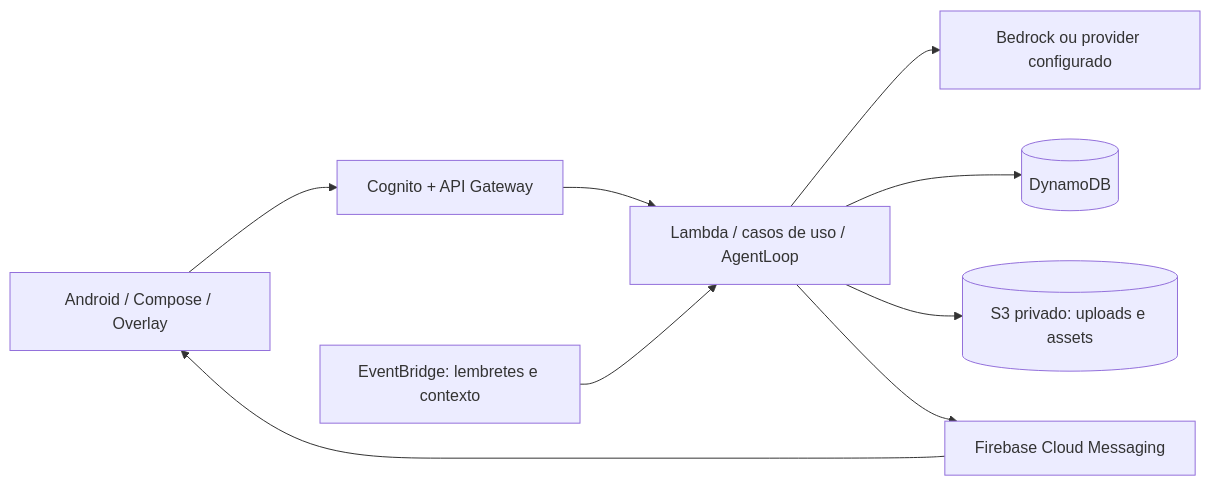
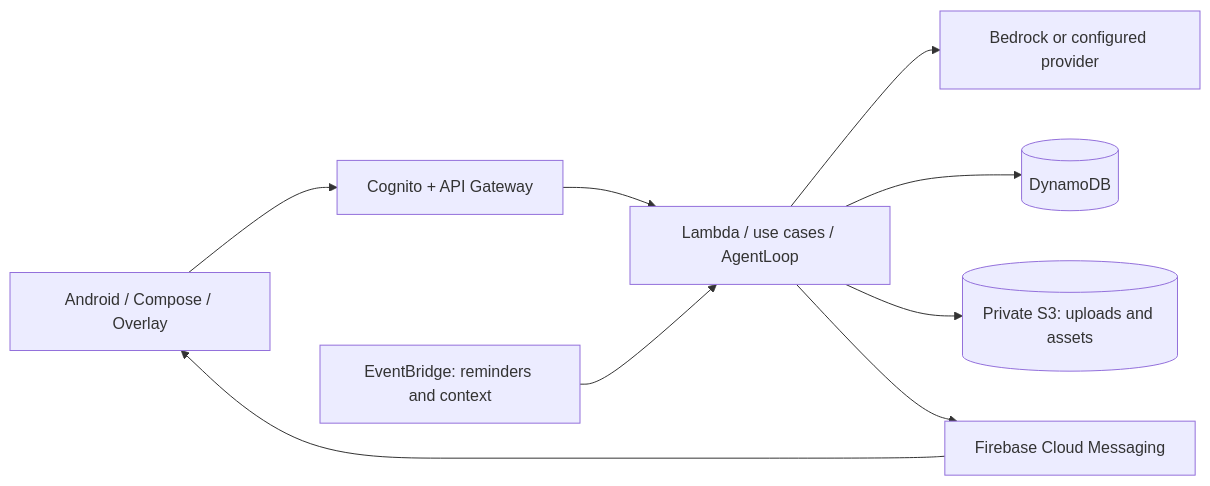
Before and after one commit to VZiemer/rin-public: the diagram in README.md, drawn with Mermaid. The commit also changed other lines of this file and 87 other files, not shown here.

````diff
--- a/README.md
+++ b/README.md
@@ -7,11 +7,11 @@
 ```mermaid
 flowchart LR
     Android[Android / Compose / Overlay] --> Auth[Cognito + API Gateway]
-    Auth --> Lambda[Lambda / casos de uso / AgentLoop]
-    Lambda --> LLM[Bedrock ou provider configurado]
+    Auth --> Lambda[Lambda / use cases / AgentLoop]
+    Lambda --> LLM[Bedrock or configured provider]
     Lambda --> DB[(DynamoDB)]
-    Lambda --> S3[(S3 privado: uploads e assets)]
-    Tick[EventBridge: lembretes e contexto] --> Lambda
+    Lambda --> S3[(Private S3: uploads and assets)]
+    Tick[EventBridge: reminders and context] --> Lambda
     Lambda --> FCM[Firebase Cloud Messaging]
     FCM --> Android
 ```
````
